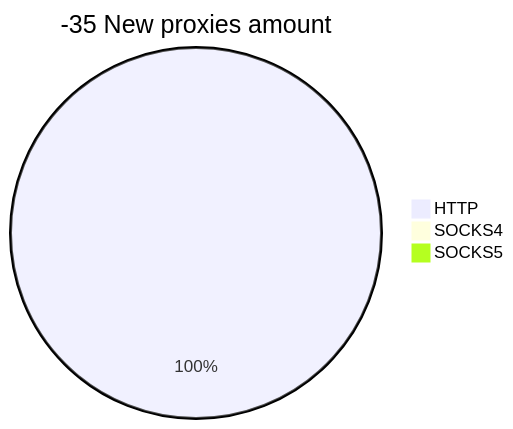
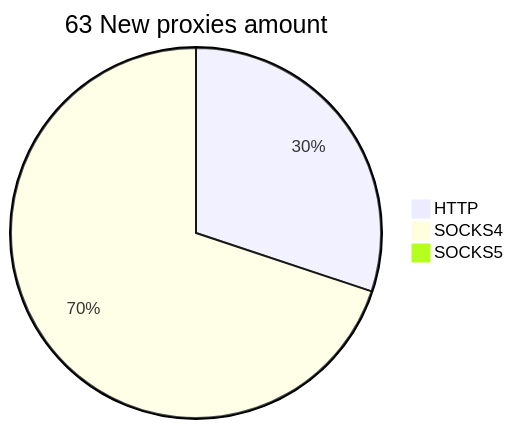
The second of 2 diagrams in README.md (cutipu/proxylist), drawn with Mermaid before and after one commit. The commit also changed other lines of this file, not shown here.

````diff
--- a/README.md
+++ b/README.md
@@ -10,6 +10,6 @@
 ```mermaid
-pie title -35 New proxies amount
-    "HTTP" : 55
-    "SOCKS4" : 0
+pie title 63 New proxies amount
+    "HTTP" : 28
+    "SOCKS4" : 65
     "SOCKS5" : 0
 ```
````
